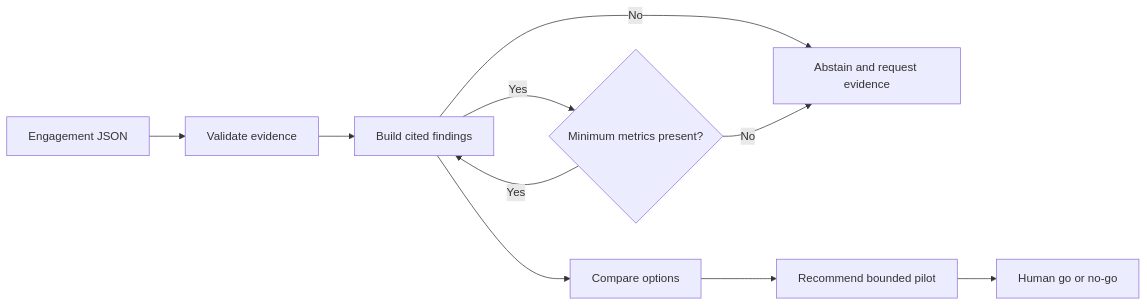
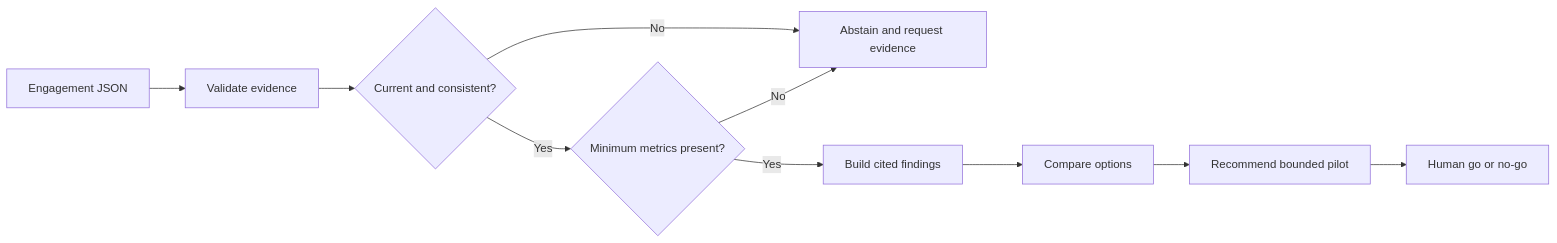
One commit to magicyao2028-pixel/ai-consulting-copilot changed the diagram in README.md. Above: the diagram before and after it, drawn with Mermaid. The commit also changed other lines of this file and 18 other files, not shown here.

````diff
--- a/README.md
+++ b/README.md
@@ -41,12 +43,12 @@
 ```mermaid
 flowchart LR
     I[Engagement JSON] --> V[Validate evidence]
     V --> F{Current and consistent?}
     F -->|No| A[Abstain and request reconciliation]
     F -->|Yes| Q{Minimum metrics present?}
     Q -->|No| A[Abstain and request evidence]
-    Q -->|Yes| F[Build cited findings]
-    F --> O[Compare options]
+    Q -->|Yes| B[Build cited findings]
+    B --> O[Compare options]
     O --> R[Recommend bounded pilot]
     R --> H[Human go or no-go]
 ```
````
